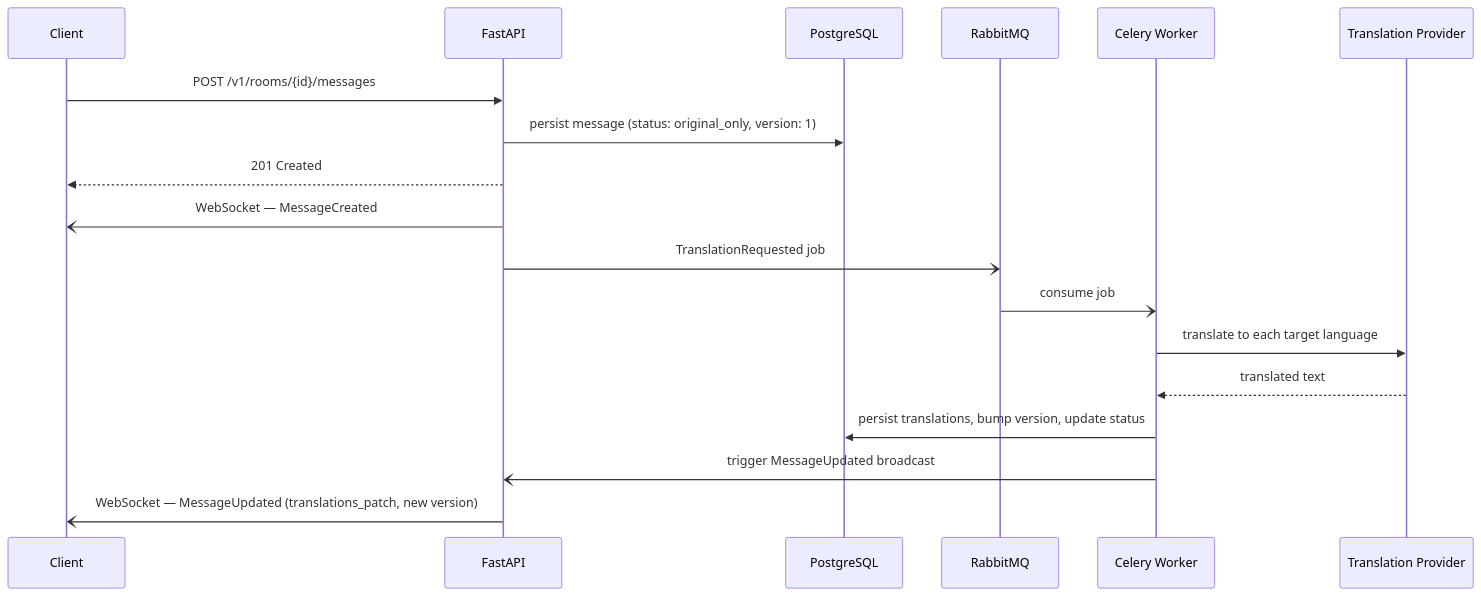
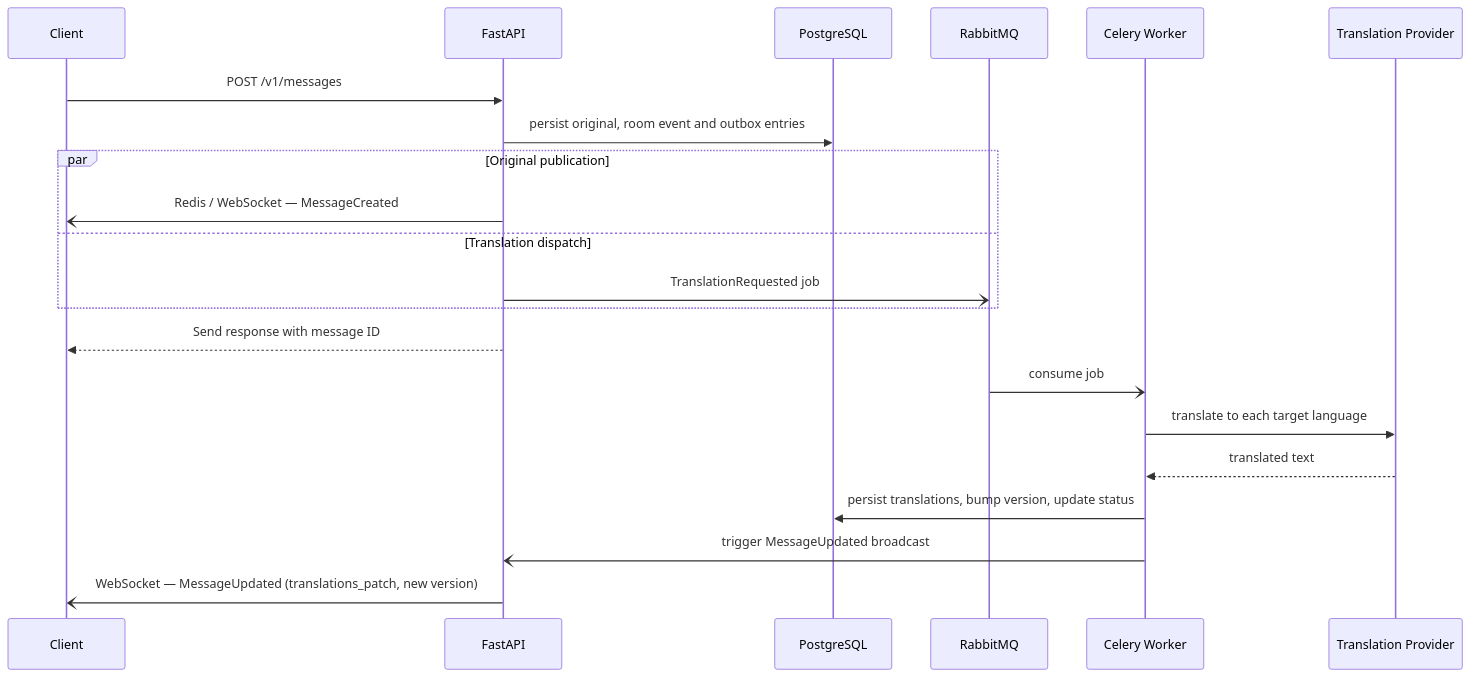
The diagram in docs/data-flow-and-contracts.md (dohtem81/prism), drawn with Mermaid before and after one commit. The commit also changed other lines of this file and 41 other files, not shown here.

````diff
--- a/docs/data-flow-and-contracts.md
+++ b/docs/data-flow-and-contracts.md
@@ -5,22 +5,25 @@
 ```mermaid
 sequenceDiagram
     participant C as Client
     participant A as FastAPI
     participant PG as PostgreSQL
     participant MQ as RabbitMQ
     participant W as Celery Worker
     participant LLM as Translation Provider
 
-    C->>A: POST /v1/rooms/{id}/messages
-    A->>PG: persist message (status: original_only, version: 1)
-    A-->>C: 201 Created
-    A-)C: WebSocket — MessageCreated
-    A-)MQ: TranslationRequested job
+    C->>A: POST /v1/messages
+    A->>PG: persist original, room event and outbox entries
+    par Original publication
+        A-)C: Redis / WebSocket — MessageCreated
+    and Translation dispatch
+        A-)MQ: TranslationRequested job
+    end
+    A-->>C: Send response with message ID
 
     MQ-)W: consume job
     W->>LLM: translate to each target language
     LLM-->>W: translated text
     W->>PG: persist translations, bump version, update status
     W-)A: trigger MessageUpdated broadcast
     A-)C: WebSocket — MessageUpdated (translations_patch, new version)
 ```
````
